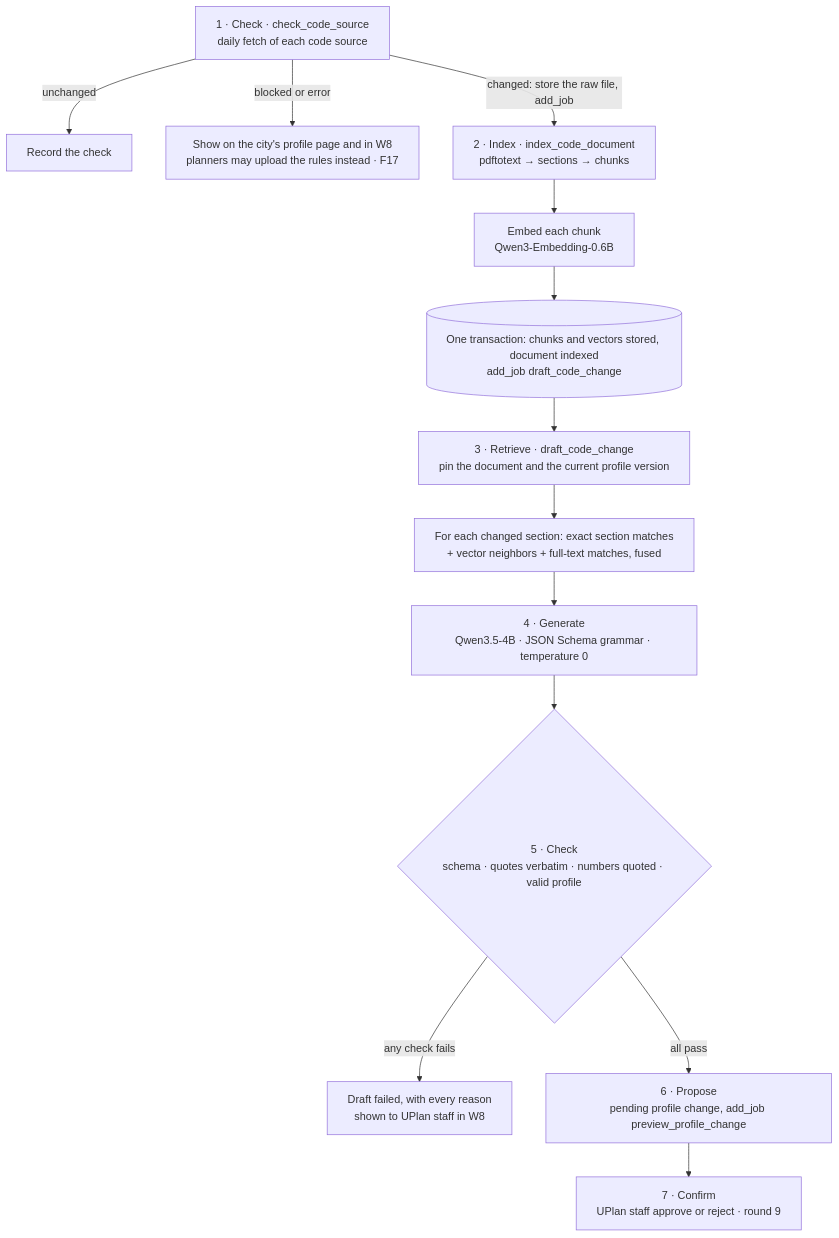
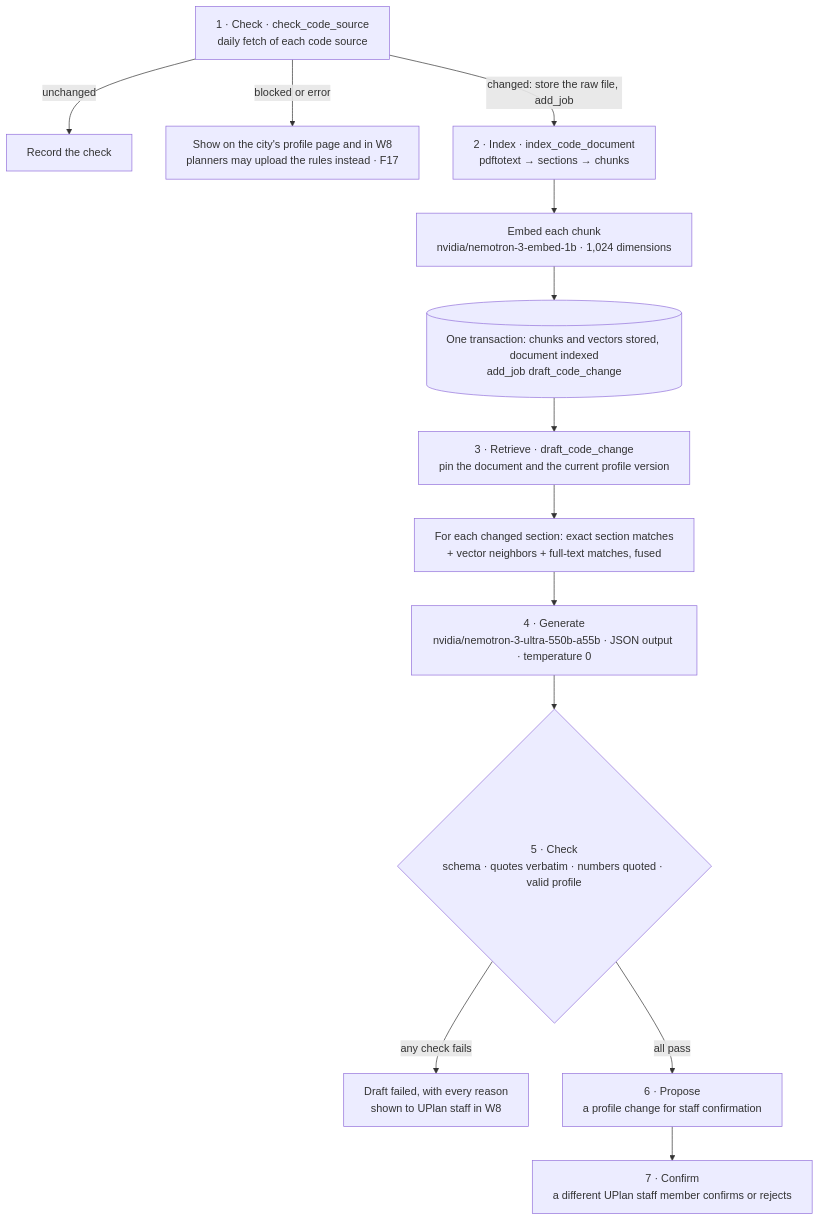
Before and after one commit to Aru27-byte/UPlan: the second of 2 diagrams in TechDesign/system-architecture.md, drawn with Mermaid. The commit also changed other lines of this file and 61 other files, not shown here.

````diff
--- a/TechDesign/system-architecture.md
+++ b/TechDesign/system-architecture.md
@@ -271,17 +258,17 @@
 ```mermaid
 %%{init: {"flowchart": {"wrappingWidth": 360}}}%%
 flowchart TB
   A["1 · Check · check_code_source<br/>daily fetch of each code source"]
   A -->|"unchanged"| A0["Record the check"]
   A -->|"blocked or error"| A1["Show on the city's profile page and in W8<br/>planners may upload the rules instead · F17"]
   A -->|"changed: store the raw file, add_job"| B["2 · Index · index_code_document<br/>pdftotext → sections → chunks"]
-  B --> B1["Embed each chunk<br/>Qwen3-Embedding-0.6B"]
+  B --> B1["Embed each chunk<br/>nvidia/nemotron-3-embed-1b · 1,024 dimensions"]
   B1 --> B2[("One transaction: chunks and vectors stored, document indexed<br/>add_job draft_code_change")]
   B2 --> C["3 · Retrieve · draft_code_change<br/>pin the document and the current profile version"]
   C --> C1["For each changed section: exact section matches<br/>+ vector neighbors + full-text matches, fused"]
-  C1 --> D["4 · Generate<br/>Qwen3.5-4B · JSON Schema grammar · temperature 0"]
+  C1 --> D["4 · Generate<br/>nvidia/nemotron-3-ultra-550b-a55b · JSON output · temperature 0"]
   D --> E{"5 · Check<br/>schema · quotes verbatim · numbers quoted · valid profile"}
   E -->|"any check fails"| E0["Draft failed, with every reason<br/>shown to UPlan staff in W8"]
-  E -->|"all pass"| F["6 · Propose<br/>pending profile change, add_job preview_profile_change"]
-  F --> G["7 · Confirm<br/>UPlan staff approve or reject · round 9"]
+  E -->|"all pass"| F["6 · Propose<br/>a profile change for staff confirmation"]
+  F --> G["7 · Confirm<br/>a different UPlan staff member confirms or rejects"]
 ```
````
